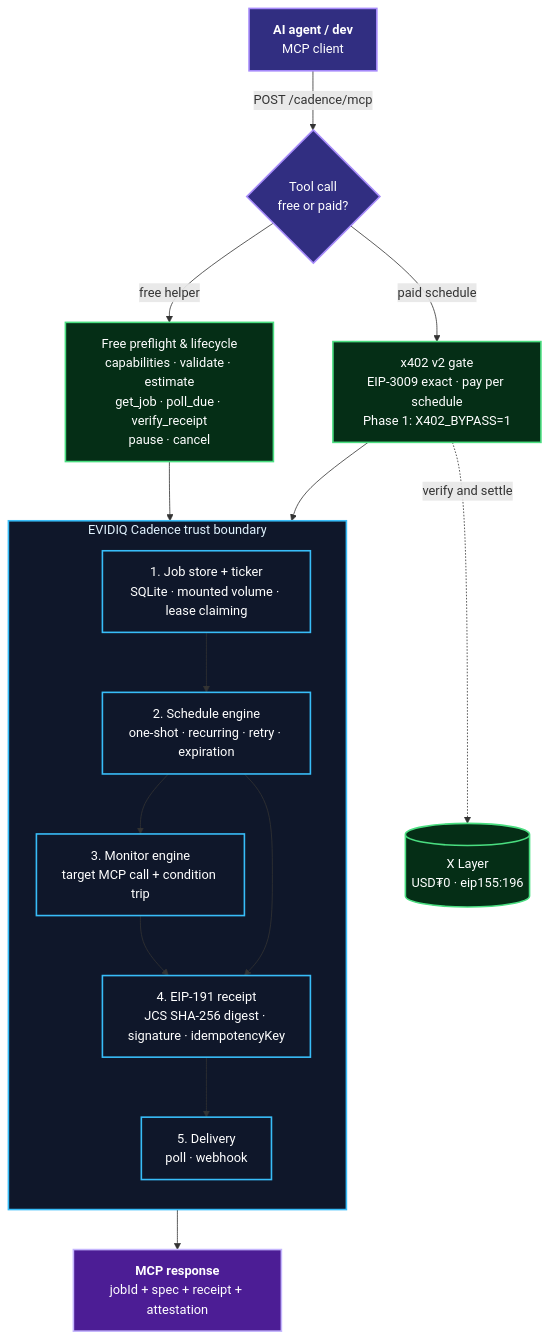
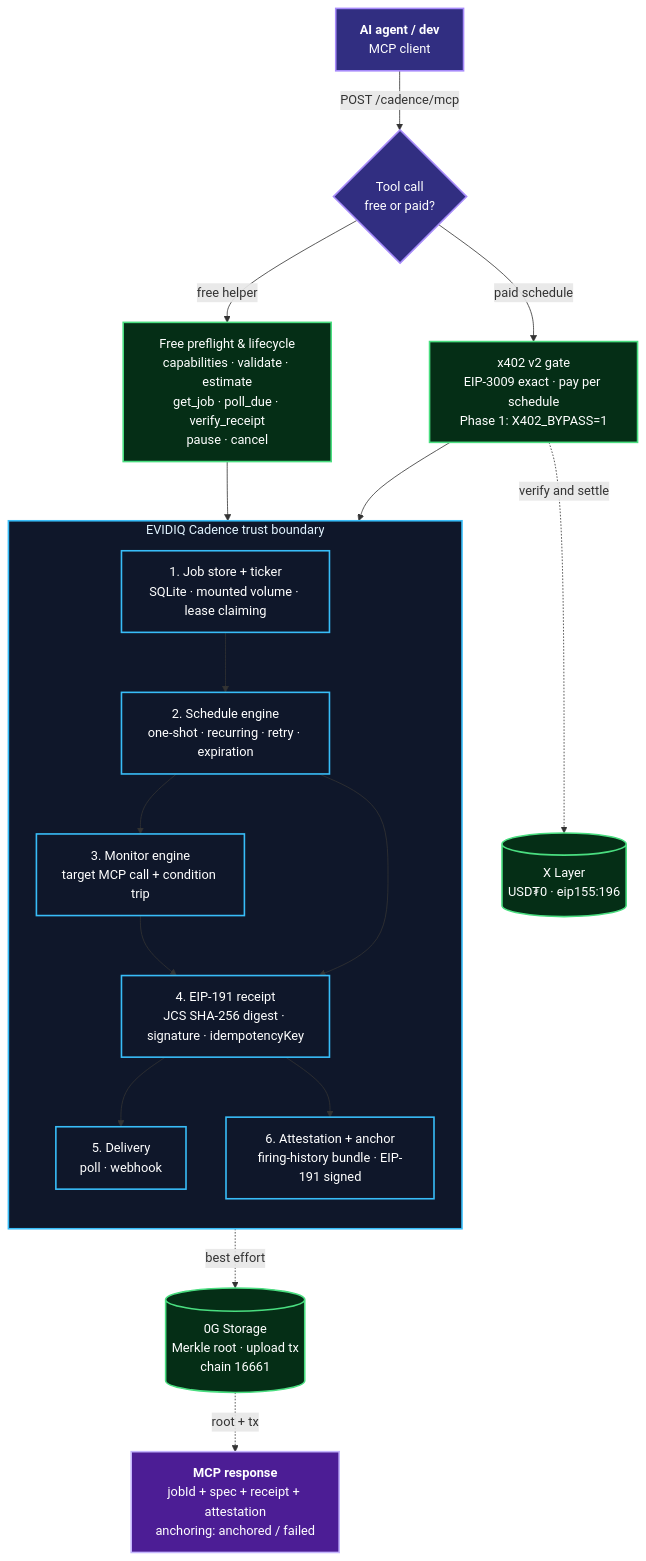
One commit to evidiq/evidiq-cadence-mcp changed the diagram in README.md. Above: the diagram before and after it, drawn with Mermaid.

Commit message:
README: add 0G Storage anchoring to the architecture diagram
Attestation step (6) inside the trust boundary anchors to 0G Storage
(best effort), and the response surfaces anchoring: anchored / failed.

````diff
--- a/README.md
+++ b/README.md
@@ -128,42 +128,46 @@
 ```mermaid
 flowchart TB
     agent["<b>AI agent / dev</b><br/>MCP client"]
     request{"Tool call<br/>free or paid?"}
     agent -->|POST /cadence/mcp| request
 
     free["Free preflight & lifecycle<br/>capabilities · validate · estimate<br/>get_job · poll_due · verify_receipt<br/>pause · cancel"]
     gate["x402 v2 gate<br/>EIP-3009 exact · pay per schedule<br/>Phase 1: X402_BYPASS=1"]
     xlayer[("X Layer<br/>USD₮0 · eip155:196")]
     request -->|free helper| free
     request -->|paid schedule| gate
     gate -. verify and settle .-> xlayer
 
     subgraph cadence["EVIDIQ Cadence trust boundary"]
         direction TB
         store["1. Job store + ticker<br/>SQLite · mounted volume · lease claiming"]
         engine["2. Schedule engine<br/>one-shot · recurring · retry · expiration"]
         monitor["3. Monitor engine<br/>target MCP call + condition trip"]
         receipt["4. EIP-191 receipt<br/>JCS SHA-256 digest · signature · idempotencyKey"]
         deliver["5. Delivery<br/>poll · webhook"]
+        attest["6. Attestation + anchor<br/>firing-history bundle · EIP-191 signed"]
         store --> engine --> monitor
         monitor --> receipt
         engine --> receipt
         receipt --> deliver
+        receipt --> attest
     end
 
+    og[("0G Storage<br/>Merkle root · upload tx<br/>chain 16661")]
     free --> store
     gate --> engine
+    attest -. best effort .-> og
+    og -. root + tx .-> response
 
-    response["<b>MCP response</b><br/>jobId + spec + receipt + attestation"]
-    deliver --> response
+    response["<b>MCP response</b><br/>jobId + spec + receipt + attestation<br/>anchoring: anchored / failed"]
 
     classDef client fill:#312e81,stroke:#a78bfa,color:#ffffff,stroke-width:2px;
     classDef payment fill:#052e16,stroke:#4ade80,color:#ffffff,stroke-width:2px;
     classDef core fill:#0f172a,stroke:#38bdf8,color:#ffffff,stroke-width:2px;
     classDef output fill:#4c1d95,stroke:#c4b5fd,color:#ffffff,stroke-width:2px;
     class agent,request client;
-    class free,gate,xlayer payment;
-    class store,engine,monitor,receipt,deliver core;
+    class free,gate,xlayer,og payment;
+    class store,engine,monitor,receipt,deliver,attest core;
     class response output;
     style cadence fill:#0f172a,stroke:#38bdf8,color:#e0f2fe,stroke-width:2px;
 ```
````
